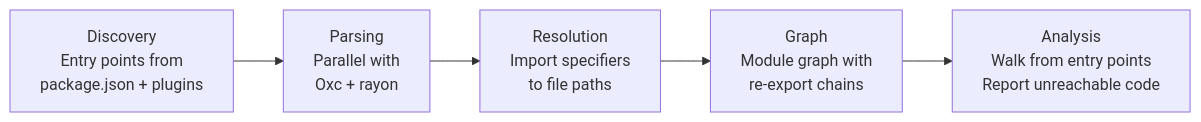
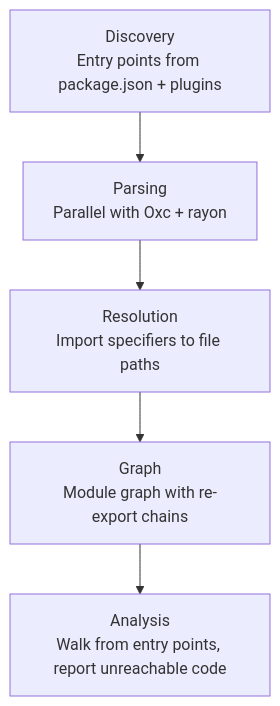
The diagram in analysis/dead-code.mdx (fallow-rs/docs), drawn with Mermaid before and after one commit.

Commit message:
fix: mermaid diagram vertical layout and line breaks
Change flowchart from LR to TB (vertical) and replace \n with <br/>
for proper line break rendering in Mintlify's Mermaid support.

````diff
--- a/analysis/dead-code.mdx
+++ b/analysis/dead-code.mdx
@@ -219,7 +219,7 @@
 ```mermaid
-flowchart LR
-  A["Discovery\nEntry points from\npackage.json + plugins"] --> B["Parsing\nParallel with\nOxc + rayon"]
-  B --> C["Resolution\nImport specifiers\nto file paths"]
-  C --> D["Graph\nModule graph with\nre-export chains"]
-  D --> E["Analysis\nWalk from entry points\nReport unreachable code"]
+flowchart TB
+  A["Discovery<br/>Entry points from package.json + plugins"] --> B["Parsing<br/>Parallel with Oxc + rayon"]
+  B --> C["Resolution<br/>Import specifiers to file paths"]
+  C --> D["Graph<br/>Module graph with re-export chains"]
+  D --> E["Analysis<br/>Walk from entry points, report unreachable code"]
 ```
````
